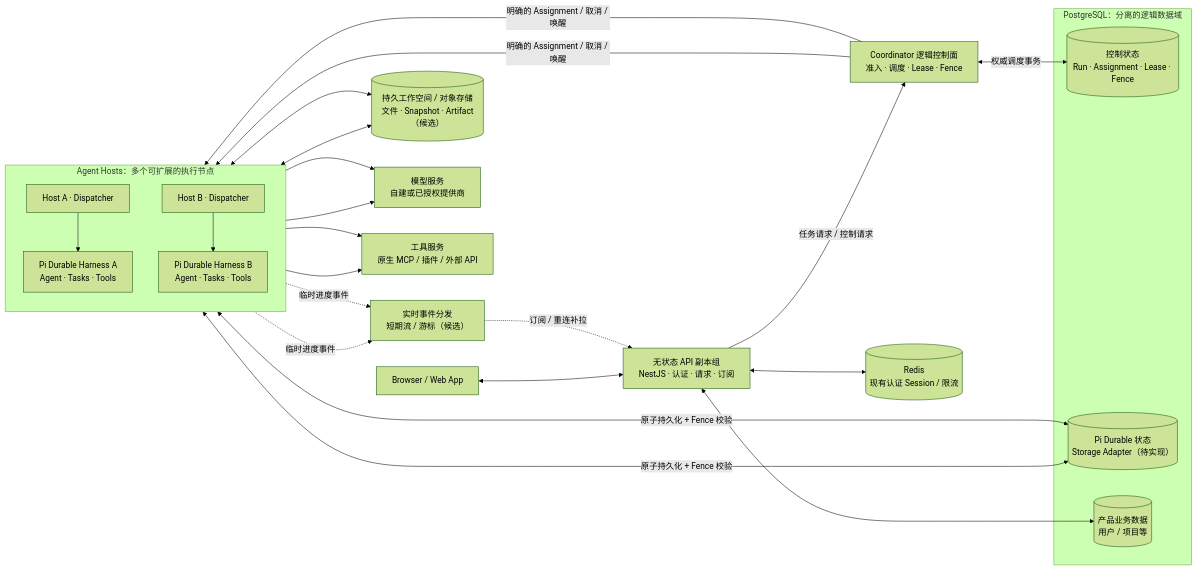
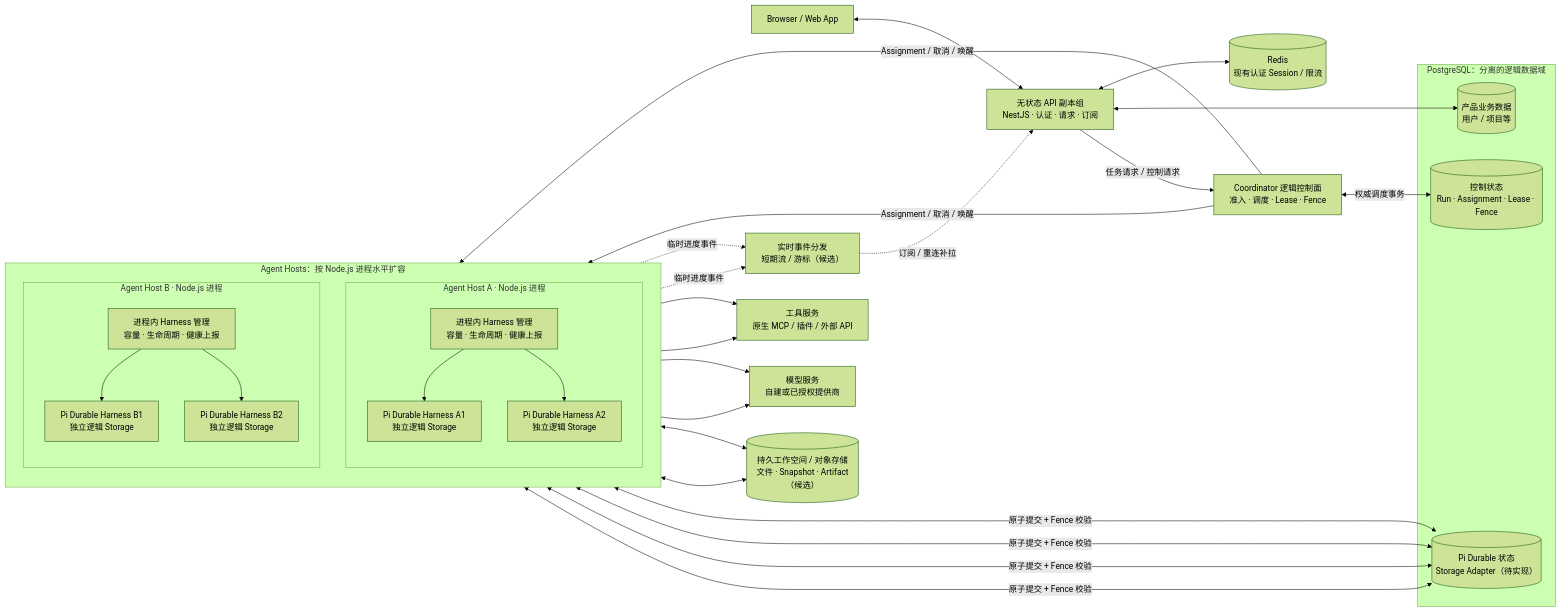
Before and after one commit to trojanbox/internal-ai-platform: the first of 2 diagrams in docs/distributed-agent-architecture.md, drawn with Mermaid (forest theme). The commit also changed other lines of this file, not shown here.

Commit message:
docs: simplify Agent Host to multi-Harness Node.js process

```diff
--- a/docs/distributed-agent-architecture.md
+++ b/docs/distributed-agent-architecture.md
@@ -29,47 +31,59 @@
 ~~~mermaid
 flowchart LR
     WEB["Browser / Web App"]
     API["无状态 API 副本组<br/>NestJS · 认证 · 请求 · 订阅"]
     CO["Coordinator 逻辑控制面<br/>准入 · 调度 · Lease · Fence"]
     RT["实时事件分发<br/>短期流 / 游标（候选）"]
     AUTH[("Redis<br/>现有认证 Session / 限流")]
 
-    subgraph HOSTS["Agent Hosts：多个可扩展的执行节点"]
+    subgraph HOSTS["Agent Hosts：按 Node.js 进程水平扩容"]
         direction TB
-        D1["Host A · Dispatcher"]
-        W1["Pi Durable Harness A<br/>Agent · Tasks · Tools"]
-        D2["Host B · Dispatcher"]
-        W2["Pi Durable Harness B<br/>Agent · Tasks · Tools"]
-        D1 --> W1
-        D2 --> W2
+        subgraph HOST_A["Agent Host A · Node.js 进程"]
+            direction TB
+            HA["进程内 Harness 管理<br/>容量 · 生命周期 · 健康上报"]
+            A1["Pi Durable Harness A1<br/>独立逻辑 Storage"]
+            A2["Pi Durable Harness A2<br/>独立逻辑 Storage"]
+            HA --> A1
+            HA --> A2
+        end
+        subgraph HOST_B["Agent Host B · Node.js 进程"]
+            direction TB
+            HB["进程内 Harness 管理<br/>容量 · 生命周期 · 健康上报"]
+            B1["Pi Durable Harness B1<br/>独立逻辑 Storage"]
+            B2["Pi Durable Harness B2<br/>独立逻辑 Storage"]
+            HB --> B1
+            HB --> B2
+        end
     end
 
     subgraph PG["PostgreSQL：分离的逻辑数据域"]
         CTRL[("控制状态<br/>Run · Assignment · Lease · Fence")]
         DUR[("Pi Durable 状态<br/>Storage Adapter（待实现）")]
         BIZ[("产品业务数据<br/>用户 / 项目等")]
     end
 
     FILES[("持久工作空间 / 对象存储<br/>文件 · Snapshot · Artifact（候选）")]
     MODELS["模型服务<br/>自建或已授权提供商"]
     TOOLS["工具服务<br/>原生 MCP / 插件 / 外部 API"]
 
     WEB <--> API
     API -->|"任务请求 / 控制请求"| CO
     API <--> BIZ
     API <--> AUTH
     CO <-->|"权威调度事务"| CTRL
-    CO -->|"明确的 Assignment / 取消 / 唤醒"| D1
-    CO -->|"明确的 Assignment / 取消 / 唤醒"| D2
-    W1 <-->|"原子持久化 + Fence 校验"| DUR
-    W2 <-->|"原子持久化 + Fence 校验"| DUR
-    W1 <--> FILES
-    W2 <--> FILES
-    W1 --> MODELS
-    W2 --> MODELS
-    W1 --> TOOLS
-    W2 --> TOOLS
-    W1 -.->|"临时进度事件"| RT
-    W2 -.->|"临时进度事件"| RT
+    CO -->|"Assignment / 取消 / 唤醒"| HA
+    CO -->|"Assignment / 取消 / 唤醒"| HB
+    A1 <-->|"原子提交 + Fence 校验"| DUR
+    A2 <-->|"原子提交 + Fence 校验"| DUR
+    B1 <-->|"原子提交 + Fence 校验"| DUR
+    B2 <-->|"原子提交 + Fence 校验"| DUR
+    A1 <--> FILES
+    B1 <--> FILES
+    A1 --> MODELS
+    B1 --> MODELS
+    A1 --> TOOLS
+    B1 --> TOOLS
+    A1 -.->|"临时进度事件"| RT
+    B1 -.->|"临时进度事件"| RT
     RT -.->|"订阅 / 重连补拉"| API
 ~~~
```
